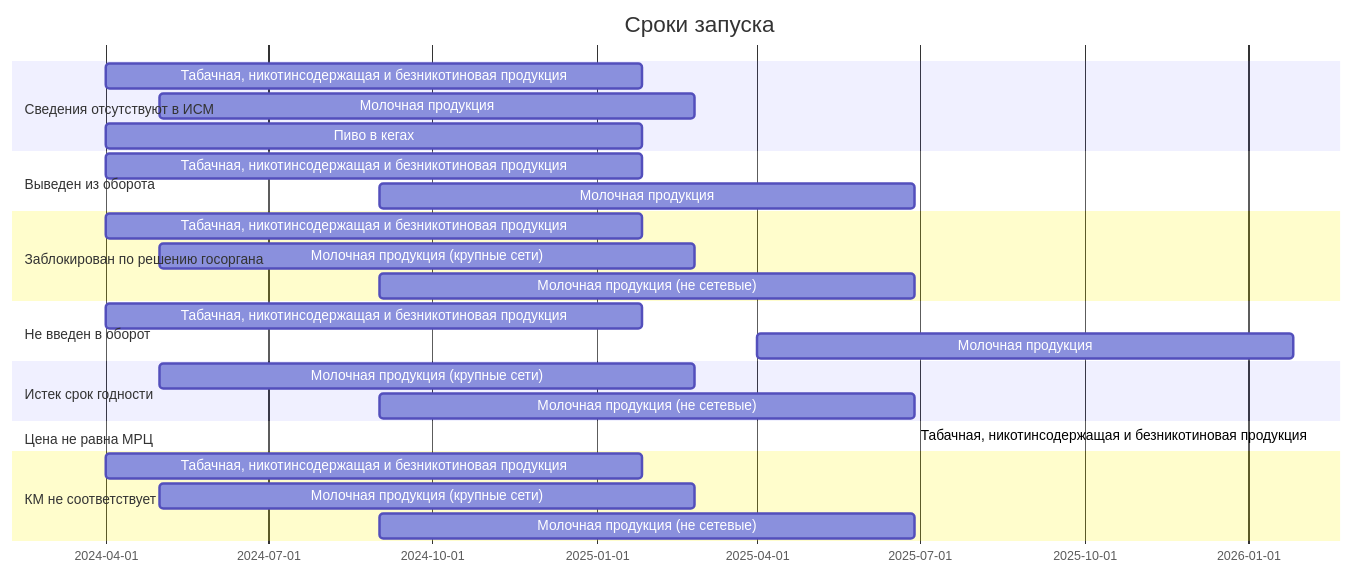
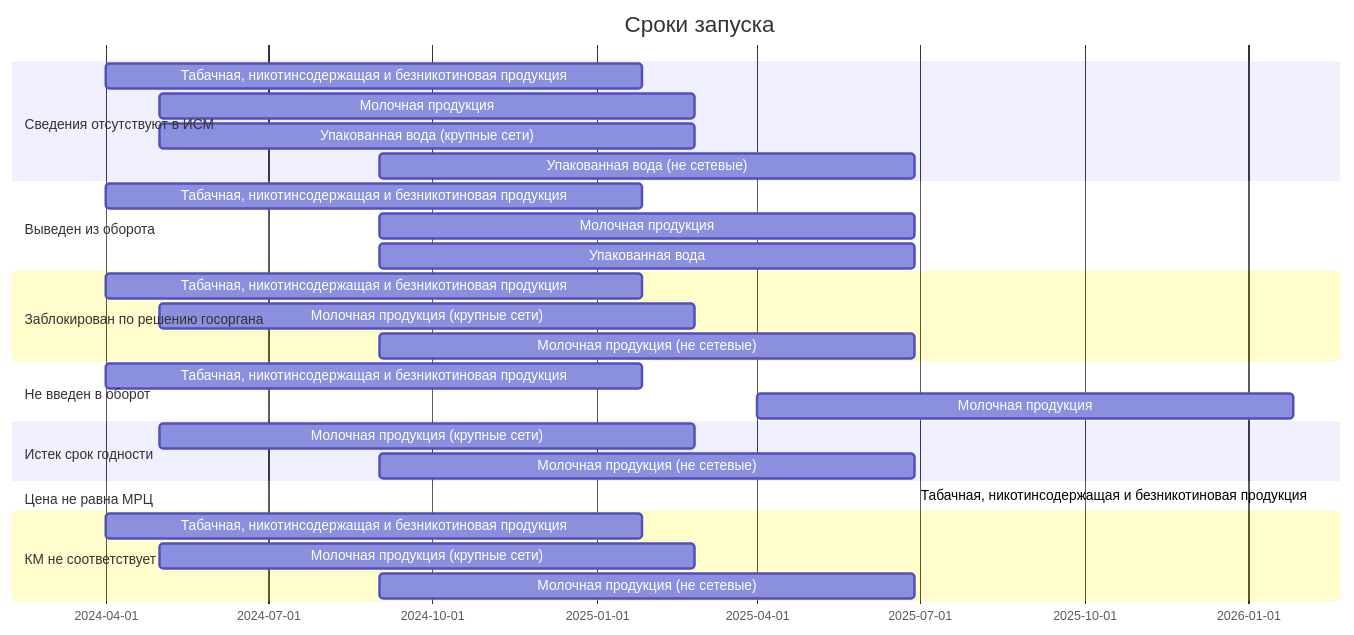
One commit to itidasoft/wiki changed the diagram in imark/ppr1944.md. Above: the diagram before and after it, drawn with Mermaid. The commit also changed other lines of this file, not shown here.

Commit message:
docs: update imark/ppr1944

````diff
--- a/imark/ppr1944.md
+++ b/imark/ppr1944.md
@@ -193,35 +195,37 @@
 ```mermaid
 gantt
 	title Сроки запуска
   dateFormat DD-MM-YYYY
   section Сведения отсутствуют в ИСМ
   	Табачная, никотинсодержащая и безникотиновая продукция          :a1, 01-04-2024, 300d
     Молочная продукция    :a2, 01-05-2024, 300d
-    Пиво в кегах    :a3, 01-04-2024, 300d  
-     
+    Упакованная вода (крупные сети)   :a3, 01-05-2024, 300d
+    Упакованная вода (не сетевые)   :a4, 01-09-2024, 300d
+    
   section Выведен из оборота
   	Табачная, никотинсодержащая и безникотиновая продукция          :a1, 01-04-2024, 300d
     Молочная продукция    :a2, 01-09-2024, 300d
+    Упакованная вода   :a3, 01-09-2024, 300d
     
   section Заблокирован по решению госоргана
   	Табачная, никотинсодержащая и безникотиновая продукция          :a1, 01-04-2024, 300d
     Молочная продукция (крупные сети)    :a2, 01-05-2024, 300d
     Молочная продукция (не сетевые)    :a3, 01-09-2024, 300d
     
   section Не введен в оборот
   	Табачная, никотинсодержащая и безникотиновая продукция          :a1, 01-04-2024, 300d
     Молочная продукция    :a2, 01-04-2025, 300d
     
   section Истек срок годности
   	Молочная продукция (крупные сети)    :a2, 01-05-2024, 300d
     Молочная продукция (не сетевые)    :a3, 01-09-2024, 300d
     
   section Цена не равна МРЦ
   	Табачная, никотинсодержащая и безникотиновая продукция          :a1
     
   section КМ не соответствует
   	Табачная, никотинсодержащая и безникотиновая продукция          :a1, 01-04-2024, 300d
     Молочная продукция (крупные сети)    :a2, 01-05-2024, 300d
     Молочная продукция (не сетевые)    :a3, 01-09-2024, 300d
     
 ```
````
